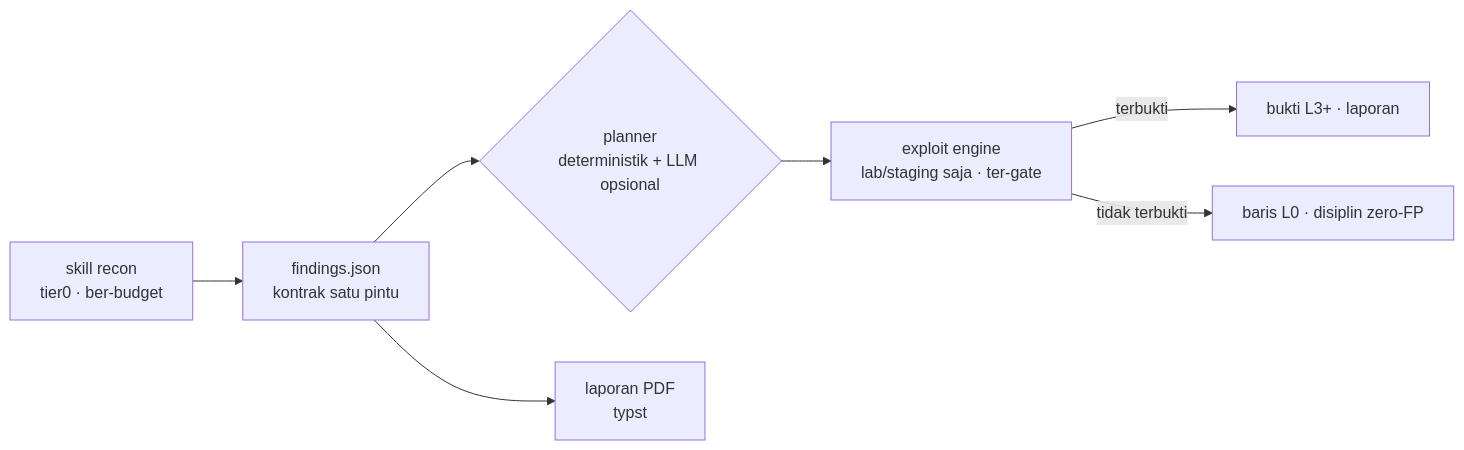
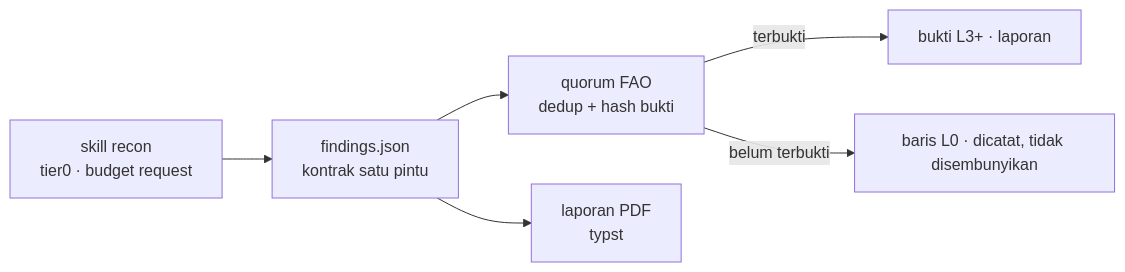
One commit to maulanawirawan/cyphron changed the diagram in README.id.md. Above: the diagram before and after it, drawn with Mermaid. The commit also changed other lines of this file and 5 other files, not shown here.

````diff
--- a/README.id.md
+++ b/README.id.md
@@ -51,9 +56,8 @@
 ```mermaid
 flowchart LR
-    A[skill recon<br/>tier0 · ber-budget] --> B[findings.json<br/>kontrak satu pintu]
-    B --> C{planner<br/>deterministik + LLM opsional}
-    C --> D[exploit engine<br/>lab/staging saja · ter-gate]
-    D -->|terbukti| E[bukti L3+ · laporan]
-    D -->|tidak terbukti| F[baris L0 · disiplin zero-FP]
+    A[skill recon<br/>tier0 · budget request] --> B[findings.json<br/>kontrak satu pintu]
+    B --> C[quorum FAO<br/>dedup + hash bukti]
+    C -->|terbukti| E[bukti L3+ · laporan]
+    C -->|belum terbukti| F[baris L0 · dicatat, tidak disembunyikan]
     B --> G[laporan PDF<br/>typst]
 ```
````
